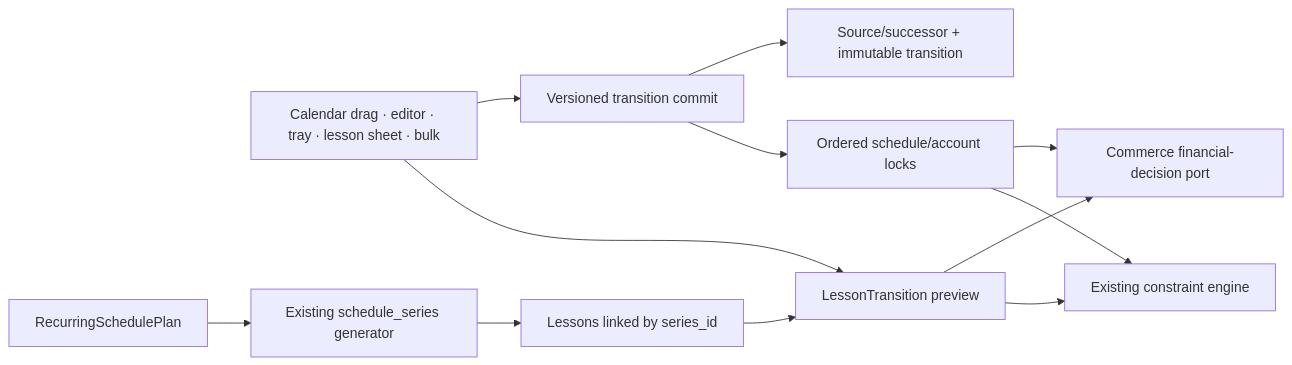
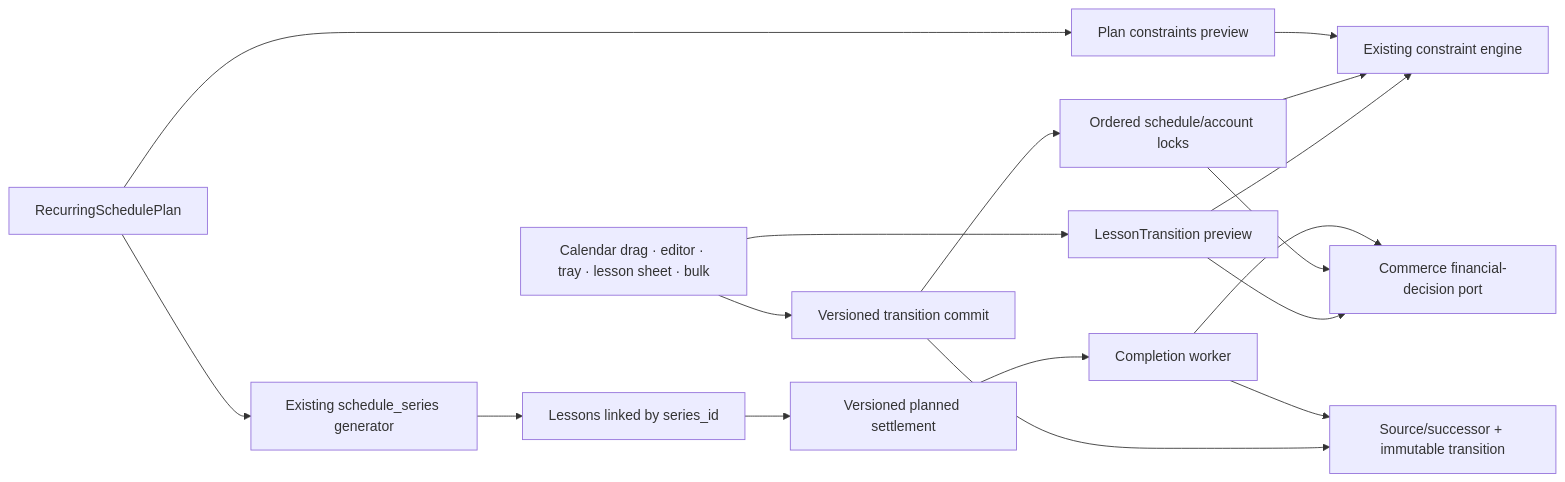
The first of 4 diagrams in .anws/v7/04_SYSTEM_DESIGN/schedule_v7.md (MagicMusicCRM/MagicMusicCRM), drawn with Mermaid before and after one commit. The commit also changed other lines of this file and 101 other files, not shown here.

````diff
--- a/.anws/v7/04_SYSTEM_DESIGN/schedule_v7.md
+++ b/.anws/v7/04_SYSTEM_DESIGN/schedule_v7.md
@@ -33,14 +35,19 @@
 ```mermaid
 flowchart LR
   ENTRY["Calendar drag · editor · tray · lesson sheet · bulk"] --> PREVIEW["LessonTransition preview"]
   PREVIEW --> CONSTRAINTS["Existing constraint engine"]
   PREVIEW --> FIN["Commerce financial-decision port"]
   ENTRY --> COMMIT["Versioned transition commit"]
   COMMIT --> LOCKS["Ordered schedule/account locks"]
   LOCKS --> CONSTRAINTS
   LOCKS --> FIN
   COMMIT --> LIFECYCLE["Source/successor + immutable transition"]
   PLAN["RecurringSchedulePlan"] --> SERIES["Existing schedule_series generator"]
+  PLAN --> PLANPREVIEW["Plan constraints preview"]
+  PLANPREVIEW --> CONSTRAINTS
   SERIES --> LESSONS["Lessons linked by series_id"]
-  LESSONS --> PREVIEW
+  LESSONS --> PLANNED["Versioned planned settlement"]
+  PLANNED --> WORKER["Completion worker"]
+  WORKER --> FIN
+  WORKER --> LIFECYCLE
 ```
````
